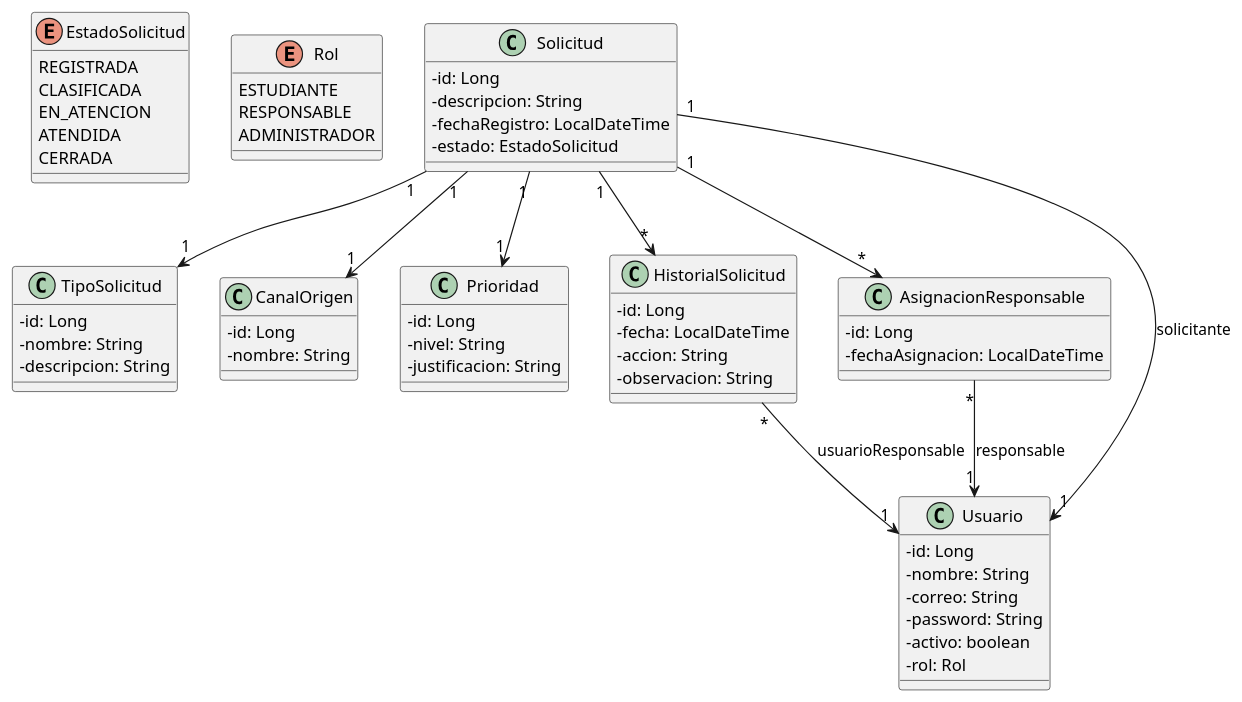
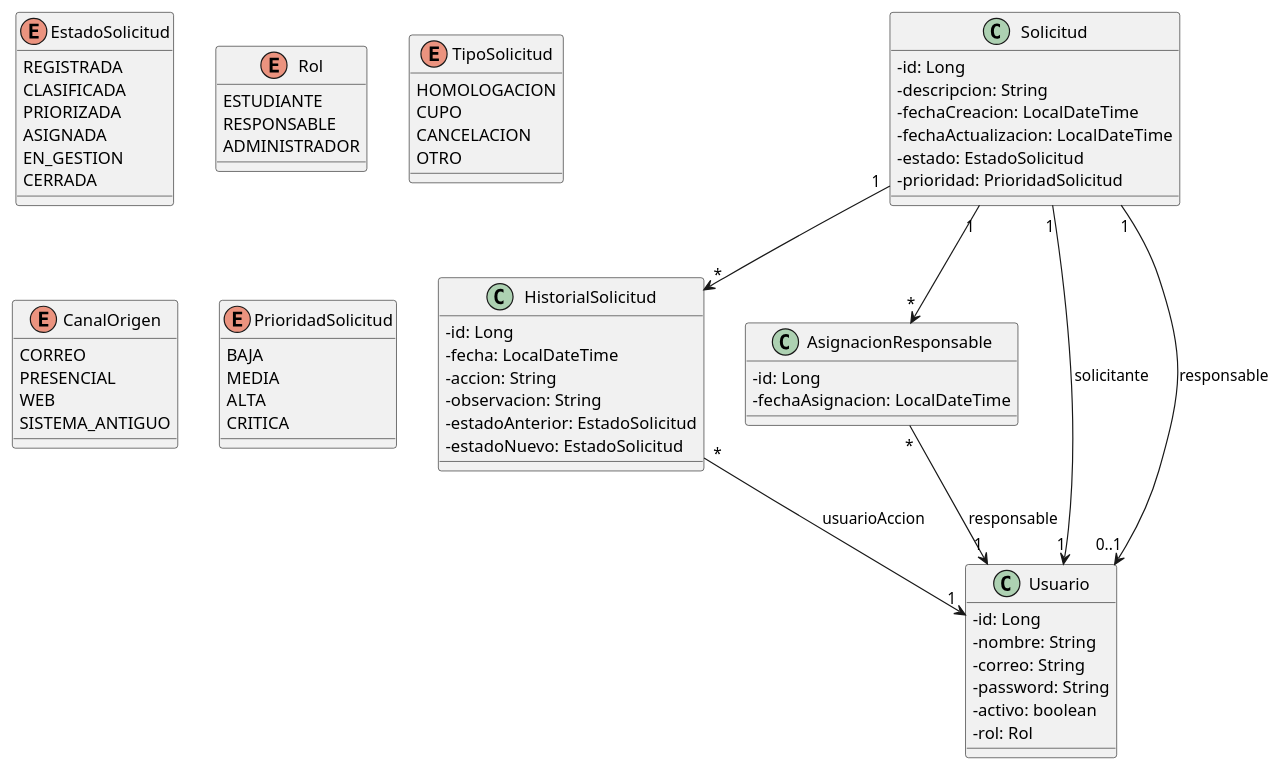
The diagram in docs/UML/Estructura.puml (SSeanjjo/Triage-solicitudes-academicas), drawn with PlantUML before and after one commit. The commit also changed 2 other files, not shown here.

```diff
--- a/docs/UML/Estructura.puml
+++ b/docs/UML/Estructura.puml
@@ -1,87 +1,81 @@
 @startuml
 skinparam classAttributeIconSize 0
 
-' =====================
-' ENUMERACIONES
-' =====================
-
 enum EstadoSolicitud {
-
   REGISTRADA
   CLASIFICADA
-  EN_ATENCION
-  ATENDIDA
+  PRIORIZADA
+  ASIGNADA
+  EN_GESTION
   CERRADA
 }
 
 enum Rol {
   ESTUDIANTE
   RESPONSABLE
   ADMINISTRADOR
 }
 
-' =====================
-' CLASES PRINCIPALES
-' =====================
+enum TipoSolicitud {
+  HOMOLOGACION
+  CUPO
+  CANCELACION
+  OTRO
+}
+
+enum CanalOrigen {
+  CORREO
+  PRESENCIAL
+  WEB
+  SISTEMA_ANTIGUO
+}
+
+enum PrioridadSolicitud {
+  BAJA
+  MEDIA
+  ALTA
+  CRITICA
+}
 
 class Solicitud {
   - id: Long
   - descripcion: String
-  - fechaRegistro: LocalDateTime
+  - fechaCreacion: LocalDateTime
+  - fechaActualizacion: LocalDateTime
   - estado: EstadoSolicitud
-}
-
-class TipoSolicitud {
-  - id: Long
-  - nombre: String
-  - descripcion: String
-}
-
-class CanalOrigen {
-  - id: Long
-  - nombre: String
-}
-
-class Prioridad {
-  - id: Long
-  - nivel: String
-  - justificacion: String
+  - prioridad: PrioridadSolicitud
 }
 
 class HistorialSolicitud {
   - id: Long
   - fecha: LocalDateTime
   - accion: String
   - observacion: String
+  - estadoAnterior: EstadoSolicitud
+  - estadoNuevo: EstadoSolicitud
 }
 
 class AsignacionResponsable {
   - id: Long
   - fechaAsignacion: LocalDateTime
 }
 
 class Usuario {
   - id: Long
   - nombre: String
   - correo: String
   - password: String
   - activo: boolean
   - rol: Rol
 }
 
-' =====================
-' RELACIONES
-' =====================
-
-Solicitud "1" --> "1" TipoSolicitud
-Solicitud "1" --> "1" CanalOrigen
-Solicitud "1" --> "1" Prioridad
 Solicitud "1" --> "1" Usuario : solicitante
+Solicitud "1" --> "0..1" Usuario : responsable
 
 Solicitud "1" --> "*" HistorialSolicitud
-HistorialSolicitud "*" --> "1" Usuario : usuarioResponsable
+HistorialSolicitud "*" --> "1" Usuario : usuarioAccion
 
 Solicitud "1" --> "*" AsignacionResponsable
 AsignacionResponsable "*" --> "1" Usuario : responsable
 
 @enduml
```
